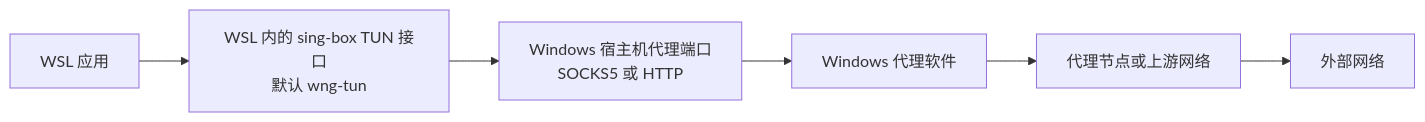
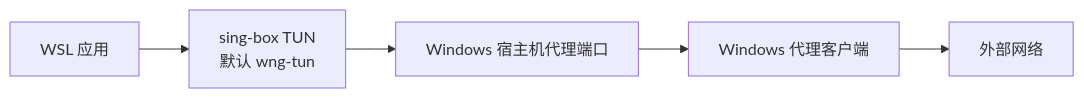
One commit to shanlvb/wsl-netguard changed the diagram in README.md. Above: the diagram before and after it, drawn with Mermaid. The commit also changed other lines of this file, not shown here.

````diff
--- a/README.md
+++ b/README.md
@@ -31,11 +31,7 @@
 ```mermaid
 flowchart LR
-    app["WSL 应用"]
-    tun["WSL 内的 sing-box TUN 接口<br/>默认 wng-tun"]
-    port["Windows 宿主机代理端口<br/>SOCKS5 或 HTTP"]
-    proxy["Windows 代理软件"]
-    upstream["代理节点或上游网络"]
-    internet["外部网络"]
-
-    app --> tun --> port --> proxy --> upstream --> internet
+    app["WSL 应用"] --> tun["sing-box TUN<br/>默认 wng-tun"]
+    tun --> host["Windows 宿主机代理端口"]
+    host --> proxy["Windows 代理客户端"]
+    proxy --> internet["外部网络"]
 ```
````
